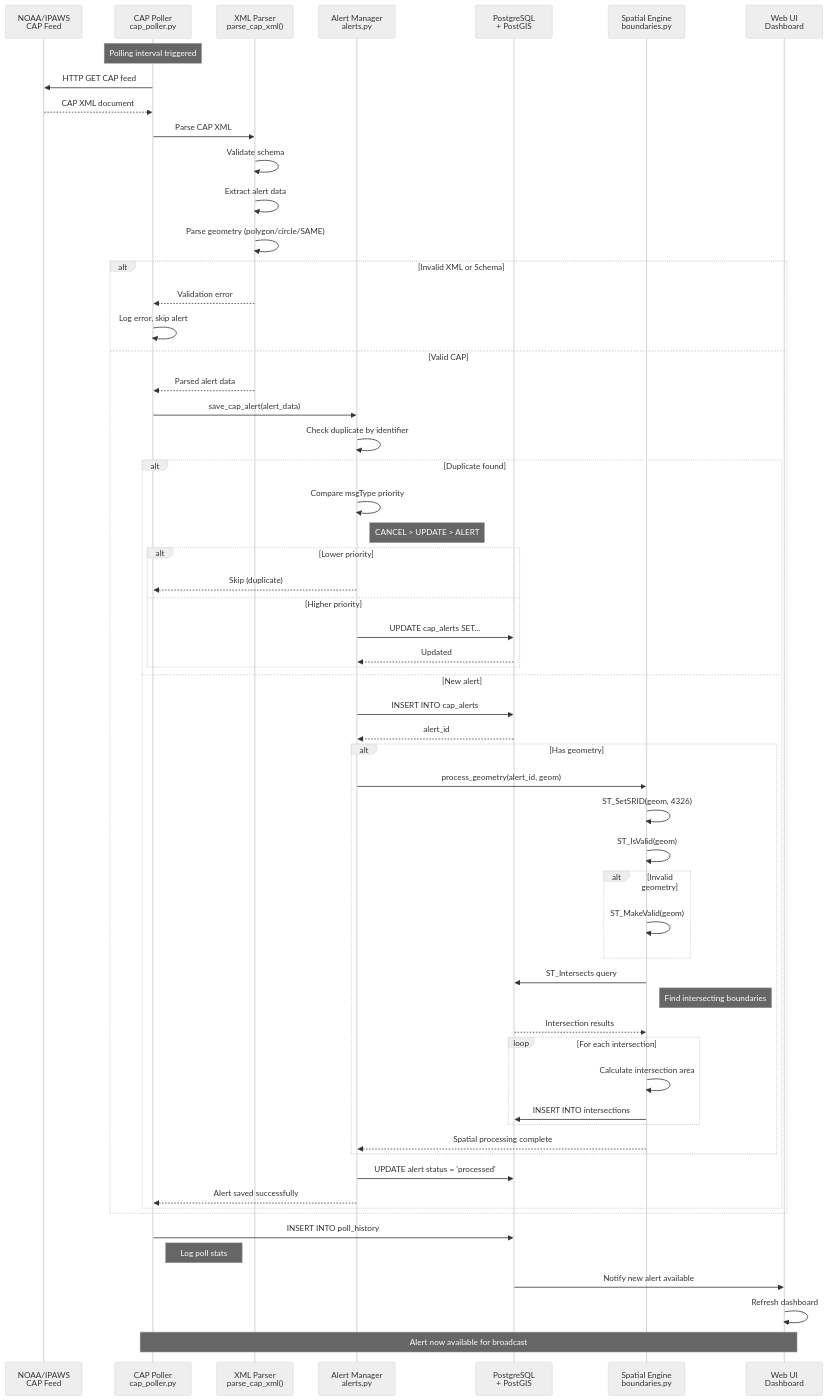
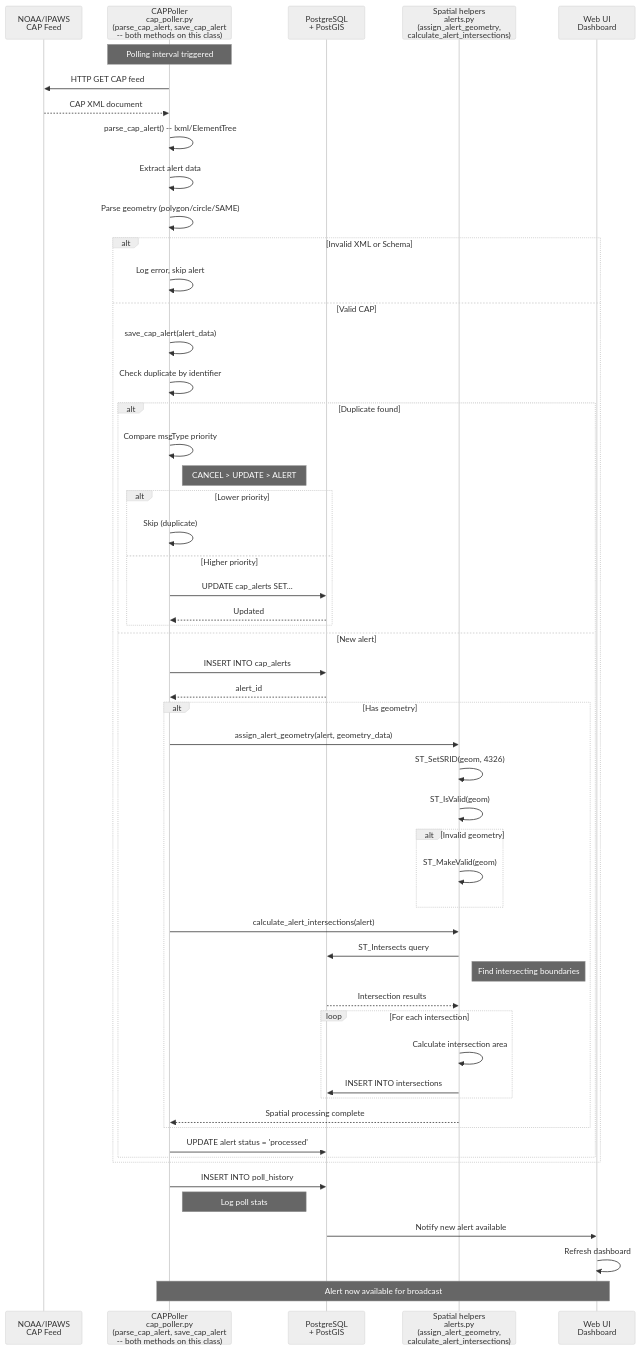
Before and after one commit to KR8MER/eas-station: the first of 7 diagrams in docs/architecture/DATA_FLOW_SEQUENCES.md, drawn with Mermaid (neutral theme). The commit also changed other lines of this file and 43 other files, not shown here.

````diff
--- a/docs/architecture/DATA_FLOW_SEQUENCES.md
+++ b/docs/architecture/DATA_FLOW_SEQUENCES.md
@@ -34,77 +34,71 @@
 ```mermaid
 sequenceDiagram
     participant NOAA as NOAA/IPAWS<br>CAP Feed
-    participant Poller as CAP Poller<br>cap_poller.py
-    participant Parser as XML Parser<br>parse_cap_xml()
-    participant AlertMgr as Alert Manager<br>alerts.py
+    participant Poller as CAPPoller<br>cap_poller.py<br>(parse_cap_alert, save_cap_alert<br>-- both methods on this class)
     participant DB as PostgreSQL<br>+ PostGIS
-    participant Spatial as Spatial Engine<br>boundaries.py
+    participant Spatial as Spatial helpers<br>alerts.py<br>(assign_alert_geometry,<br>calculate_alert_intersections)
     participant WebUI as Web UI<br>Dashboard
 
     Note over Poller: Polling interval triggered
 
     Poller->>NOAA: HTTP GET CAP feed
     NOAA-->>Poller: CAP XML document
 
-    Poller->>Parser: Parse CAP XML
-    Parser->>Parser: Validate schema
-    Parser->>Parser: Extract alert data
-    Parser->>Parser: Parse geometry (polygon/circle/SAME)
+    Poller->>Poller: parse_cap_alert() -- lxml/ElementTree
+    Poller->>Poller: Extract alert data
+    Poller->>Poller: Parse geometry (polygon/circle/SAME)
 
     alt Invalid XML or Schema
-        Parser-->>Poller: Validation error
         Poller->>Poller: Log error, skip alert
     else Valid CAP
-        Parser-->>Poller: Parsed alert data
-
-        Poller->>AlertMgr: save_cap_alert(alert_data)
-        AlertMgr->>AlertMgr: Check duplicate by identifier
+        Poller->>Poller: save_cap_alert(alert_data)
+        Poller->>Poller: Check duplicate by identifier
 
         alt Duplicate found
-            AlertMgr->>AlertMgr: Compare msgType priority
-            Note right of AlertMgr: CANCEL > UPDATE > ALERT
+            Poller->>Poller: Compare msgType priority
+            Note right of Poller: CANCEL > UPDATE > ALERT
 
             alt Lower priority
-                AlertMgr-->>Poller: Skip (duplicate)
+                Poller->>Poller: Skip (duplicate)
             else Higher priority
-                AlertMgr->>DB: UPDATE cap_alerts SET...
-                DB-->>AlertMgr: Updated
+                Poller->>DB: UPDATE cap_alerts SET...
+                DB-->>Poller: Updated
             end
         else New alert
-            AlertMgr->>DB: INSERT INTO cap_alerts
-            DB-->>AlertMgr: alert_id
+            Poller->>DB: INSERT INTO cap_alerts
+            DB-->>Poller: alert_id
 
             alt Has geometry
-                AlertMgr->>Spatial: process_geometry(alert_id, geom)
+                Poller->>Spatial: assign_alert_geometry(alert, geometry_data)
                 Spatial->>Spatial: ST_SetSRID(geom, 4326)
                 Spatial->>Spatial: ST_IsValid(geom)
 
                 alt Invalid geometry
                     Spatial->>Spatial: ST_MakeValid(geom)
                 end
 
+                Poller->>Spatial: calculate_alert_intersections(alert)
                 Spatial->>DB: ST_Intersects query
                 Note right of Spatial: Find intersecting boundaries
                 DB-->>Spatial: Intersection results
 
                 loop For each intersection
                     Spatial->>Spatial: Calculate intersection area
                     Spatial->>DB: INSERT INTO intersections
                 end
 
-                Spatial-->>AlertMgr: Spatial processing complete
+                Spatial-->>Poller: Spatial processing complete
             end
 
-            AlertMgr->>DB: UPDATE alert status = 'processed'
-            AlertMgr-->>Poller: Alert saved successfully
+            Poller->>DB: UPDATE alert status = 'processed'
         end
     end
 
     Poller->>DB: INSERT INTO poll_history
     Note right of Poller: Log poll stats
 
     DB->>WebUI: Notify new alert available
     WebUI->>WebUI: Refresh dashboard
 
     Note over Poller,WebUI: Alert now available for broadcast
 ```
````
